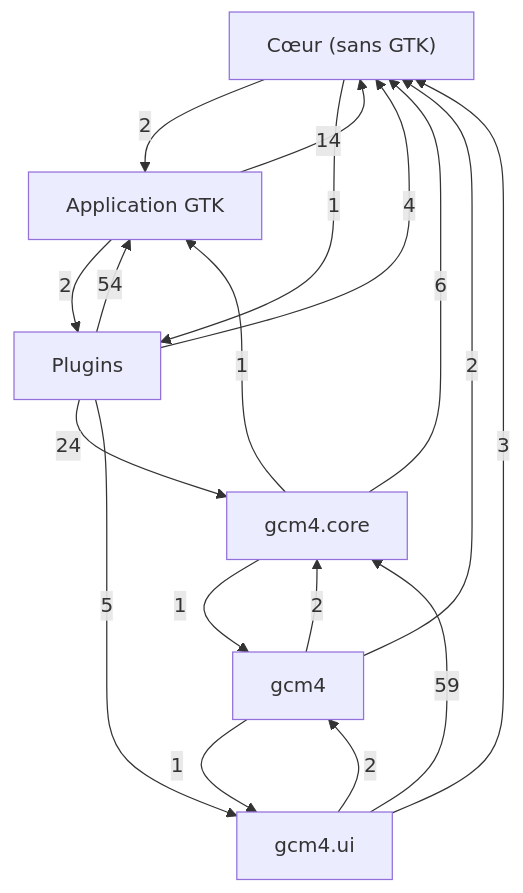
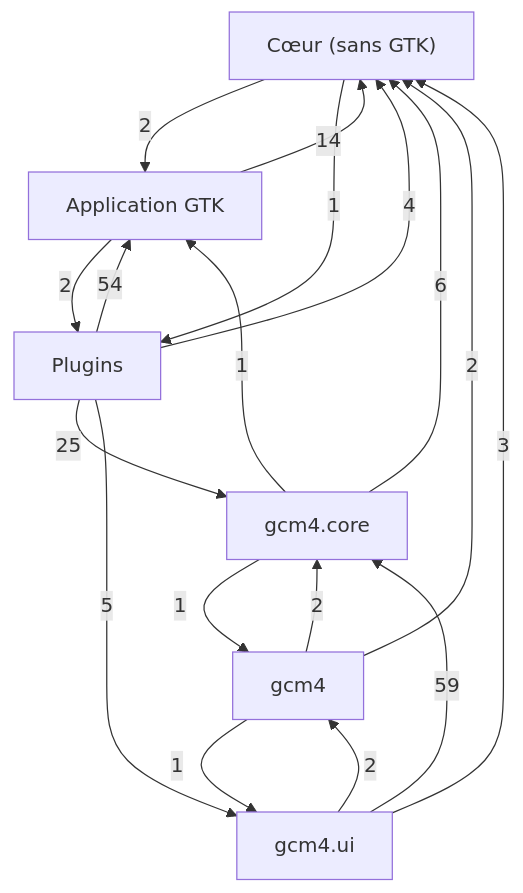
One commit to Mathilde-Team/Gcm4 changed the first of 7 diagrams in docs/class-diagram.md. Above: the diagram before and after it, drawn with Mermaid. The commit also changed other lines of this file and 65 other files, not shown here.

````diff
--- a/docs/class-diagram.md
+++ b/docs/class-diagram.md
@@ -21,26 +21,26 @@
 ```mermaid
 flowchart TD
     g0["Cœur (sans GTK)"]
     g1["Application GTK"]
     g2["Plugins"]
     g3["gcm4"]
     g4["gcm4.core"]
     g5["gcm4.ui"]
     g1 -->|14| g0
     g1 -->|2| g2
     g0 -->|2| g1
     g0 -->|1| g2
     g2 -->|54| g1
     g2 -->|4| g0
-    g2 -->|24| g4
+    g2 -->|25| g4
     g2 -->|5| g5
     g3 -->|2| g0
     g3 -->|2| g4
     g3 -->|1| g5
     g4 -->|1| g1
     g4 -->|6| g0
     g4 -->|1| g3
     g5 -->|3| g0
     g5 -->|2| g3
     g5 -->|59| g4
 ```
````
